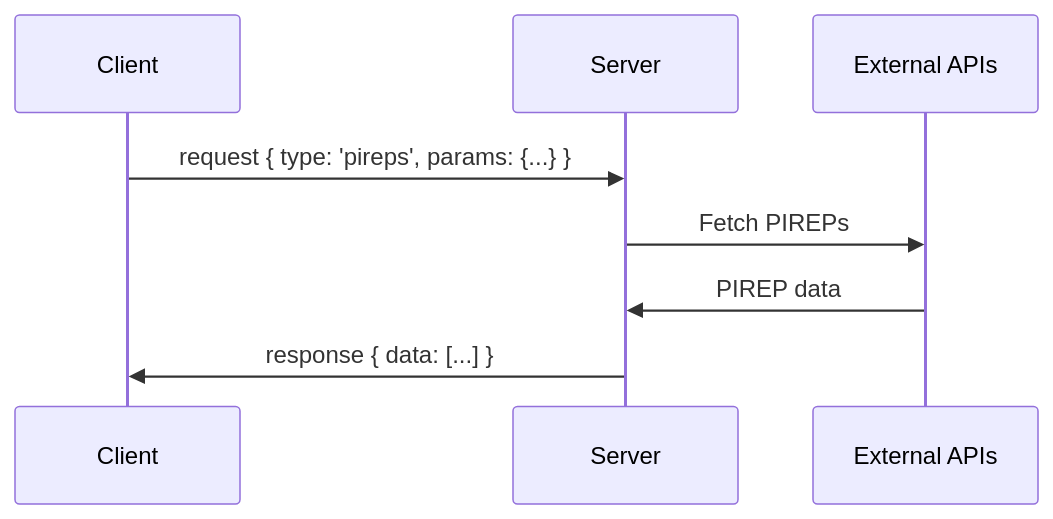
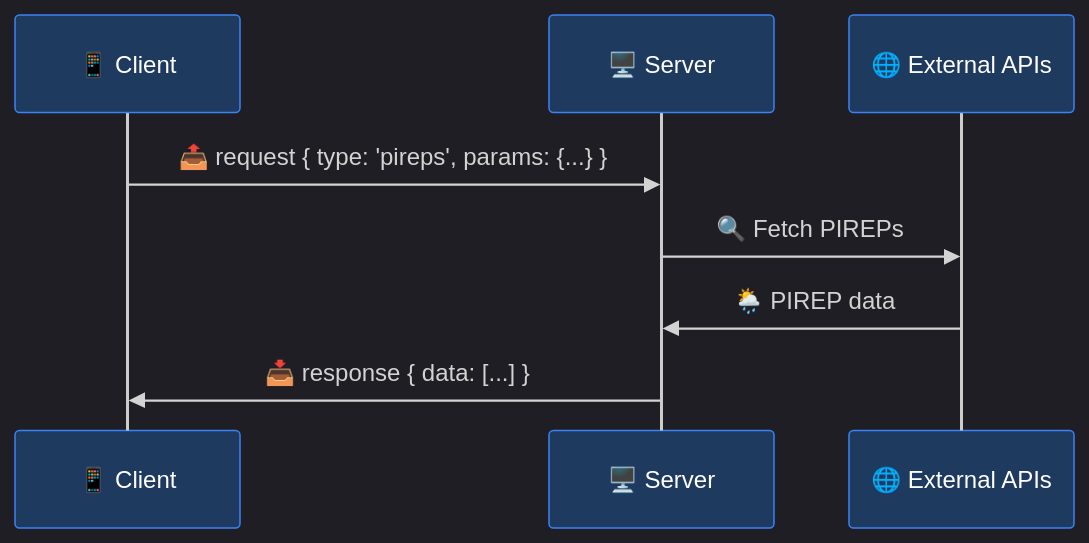
The third of 3 diagrams in docs/Getting Started/real-time-api.md (CHA0S-CORP/SkySpyDocs), drawn with Mermaid before and after one commit. The commit also changed other lines of this file and 11 other files, not shown here.

````diff
--- a/docs/Getting Started/real-time-api.md
+++ b/docs/Getting Started/real-time-api.md
@@ -290,11 +292,12 @@
 ```mermaid
+%%{init: {'theme': 'dark', 'themeVariables': { 'primaryColor': '#3b82f6', 'primaryTextColor': '#fff', 'primaryBorderColor': '#60a5fa', 'lineColor': '#60a5fa', 'actorTextColor': '#fff', 'actorBkg': '#1e3a5f', 'actorBorder': '#3b82f6'}}}%%
 sequenceDiagram
-    participant C as Client
-    participant S as Server
-    participant API as External APIs
+    participant C as 📱 Client
+    participant S as 🖥️ Server
+    participant API as 🌐 External APIs
 
-    C->>S: request { type: 'pireps', params: {...} }
-    S->>API: Fetch PIREPs
-    API->>S: PIREP data
-    S->>C: response { data: [...] }
+    C->>S: 📤 request { type: 'pireps', params: {...} }
+    S->>API: 🔍 Fetch PIREPs
+    API->>S: 🌦️ PIREP data
+    S->>C: 📥 response { data: [...] }
 ```
````
